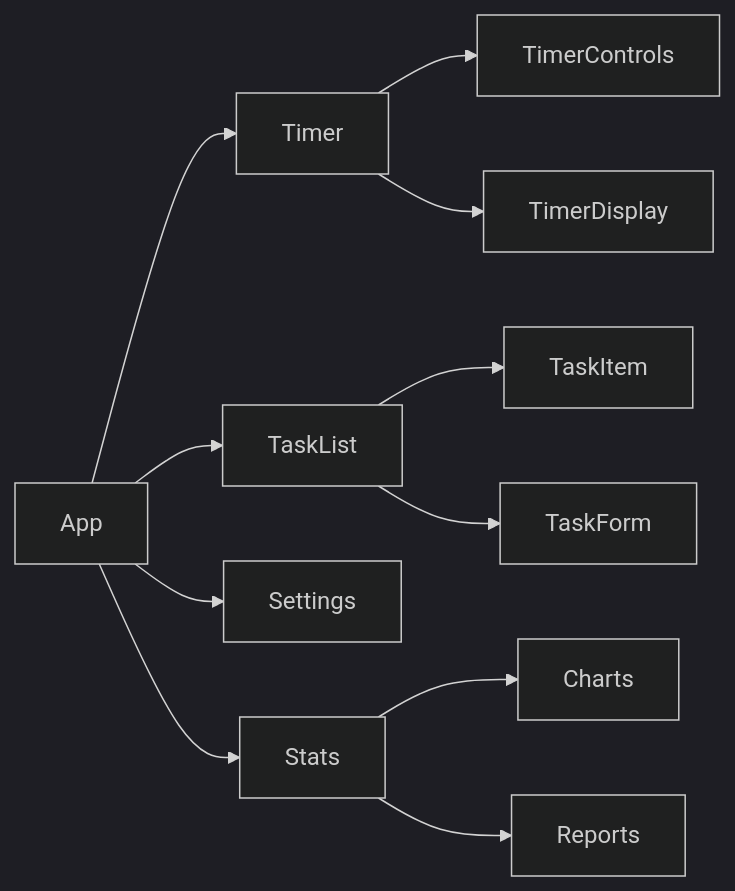
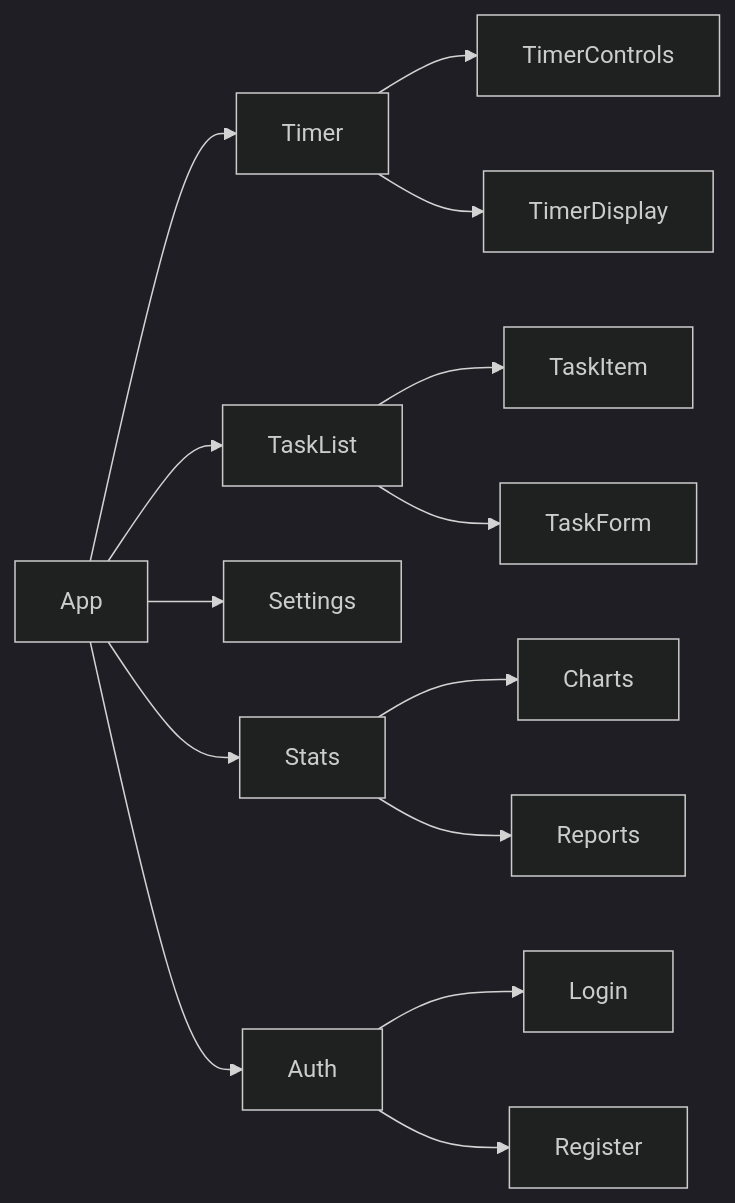
Before and after one commit to nabz0r/focus-flow-extension: the fourth of 4 diagrams in README.md, drawn with Mermaid (dark theme). The commit also changed other lines of this file, not shown here.

Commit message:
docs: Mise à jour README avec Firebase et nouvelle architecture

````diff
--- a/README.md
+++ b/README.md
@@ -84,13 +148,16 @@
 ```mermaid
 graph LR
     A[App] --> B[Timer]
     A --> C[TaskList]
     A --> D[Settings]
     A --> E[Stats]
-    B --> F[TimerControls]
-    B --> G[TimerDisplay]
-    C --> H[TaskItem]
-    C --> I[TaskForm]
-    E --> J[Charts]
-    E --> K[Reports]
+    A --> F[Auth]
+    B --> G[TimerControls]
+    B --> H[TimerDisplay]
+    C --> I[TaskItem]
+    C --> J[TaskForm]
+    E --> K[Charts]
+    E --> L[Reports]
+    F --> M[Login]
+    F --> N[Register]
 ```
````
